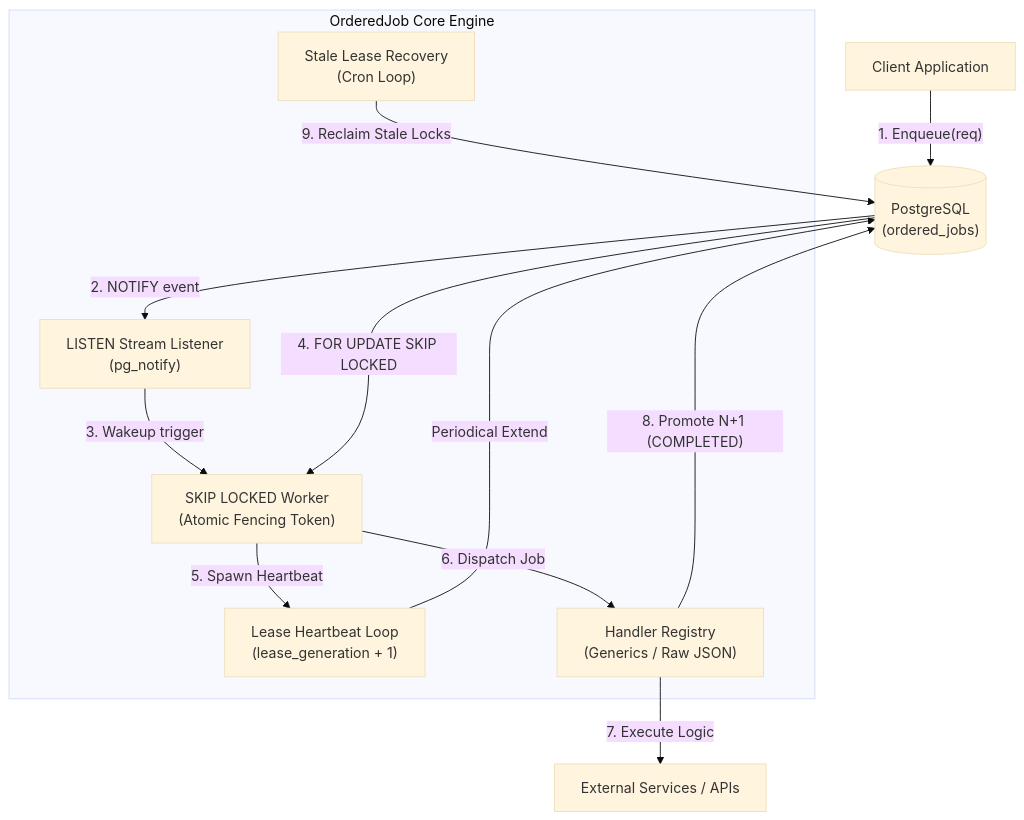
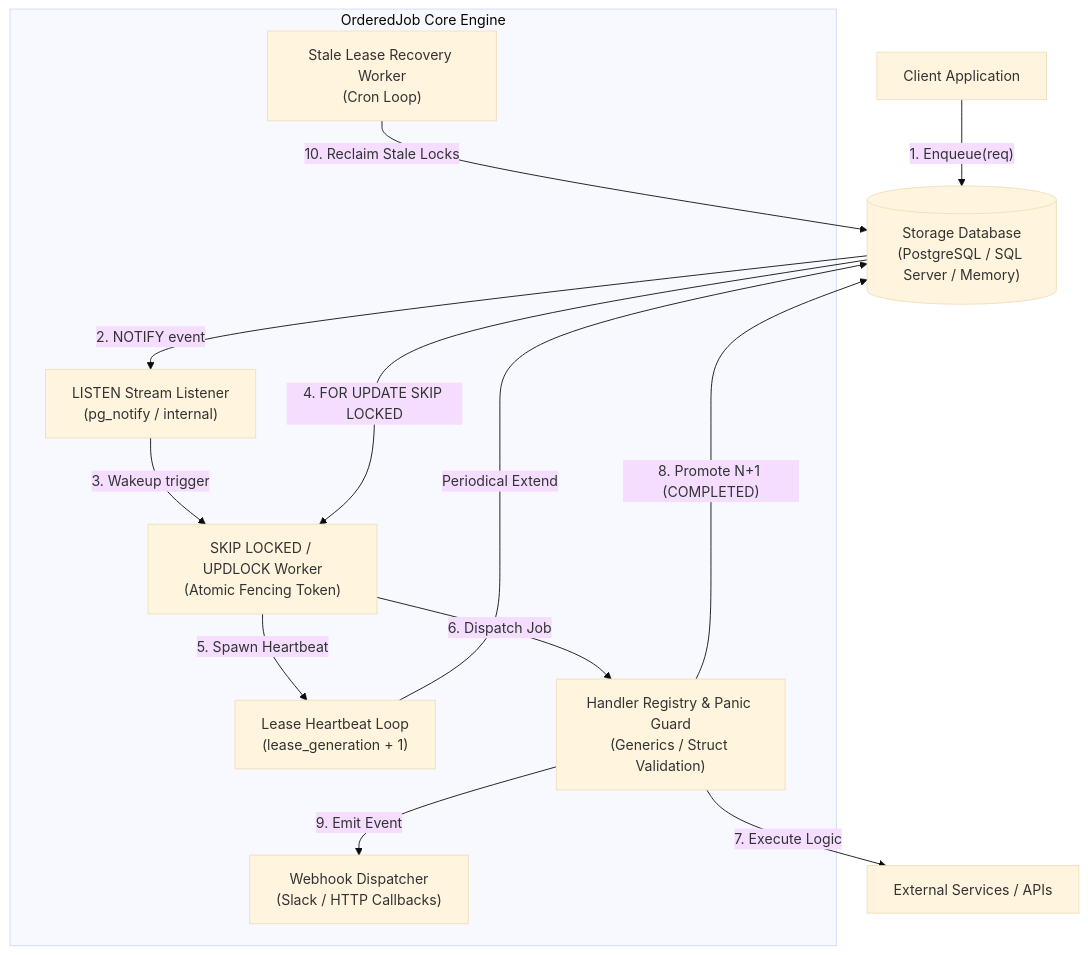
The first of 2 diagrams in ARCH.md (semmidev/orderedjob), drawn with Mermaid (base theme) before and after one commit. The commit also changed other lines of this file and 3 other files, not shown here.

````diff
--- a/ARCH.md
+++ b/ARCH.md
@@ -222,22 +256,24 @@
 ```mermaid
 graph TD
-    Client["Client Application"] -->|"1. Enqueue(req)"| DB[("PostgreSQL\n(ordered_jobs)")]
+    Client["Client Application"] -->|"1. Enqueue(req)"| DB[("Storage Database\n(PostgreSQL / SQL Server / Memory)")]
     
     subgraph Engine["OrderedJob Core Engine"]
-        Listener["LISTEN Stream Listener\n(pg_notify)"]
-        Claimer["SKIP LOCKED Worker\n(Atomic Fencing Token)"]
+        Listener["LISTEN Stream Listener\n(pg_notify / internal)"]
+        Claimer["SKIP LOCKED / UPDLOCK Worker\n(Atomic Fencing Token)"]
         Heartbeat["Lease Heartbeat Loop\n(lease_generation + 1)"]
-        Recovery["Stale Lease Recovery\n(Cron Loop)"]
-        Registry["Handler Registry\n(Generics / Raw JSON)"]
+        Recovery["Stale Lease Recovery Worker\n(Cron Loop)"]
+        Registry["Handler Registry & Panic Guard\n(Generics / Struct Validation)"]
+        Webhook["Webhook Dispatcher\n(Slack / HTTP Callbacks)"]
     end
 
     DB -->|"2. NOTIFY event"| Listener
     Listener -->|"3. Wakeup trigger"| Claimer
     DB -->|"4. FOR UPDATE SKIP LOCKED"| Claimer
     Claimer -->|"5. Spawn Heartbeat"| Heartbeat
     Heartbeat -->|"Periodical Extend"| DB
     Claimer -->|"6. Dispatch Job"| Registry
     Registry -->|"7. Execute Logic"| Ext["External Services / APIs"]
     Registry -->|"8. Promote N+1 (COMPLETED)"| DB
-    Recovery -->|"9. Reclaim Stale Locks"| DB
+    Registry -->|"9. Emit Event"| Webhook
+    Recovery -->|"10. Reclaim Stale Locks"| DB
 ```
````
